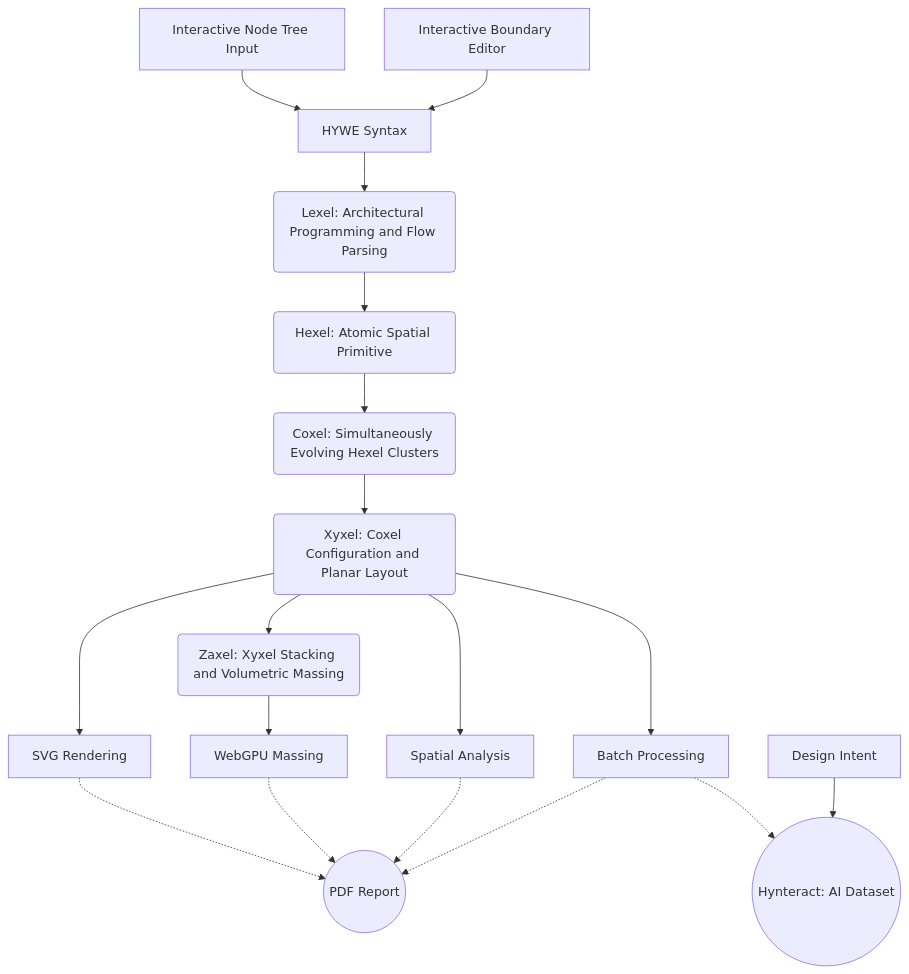
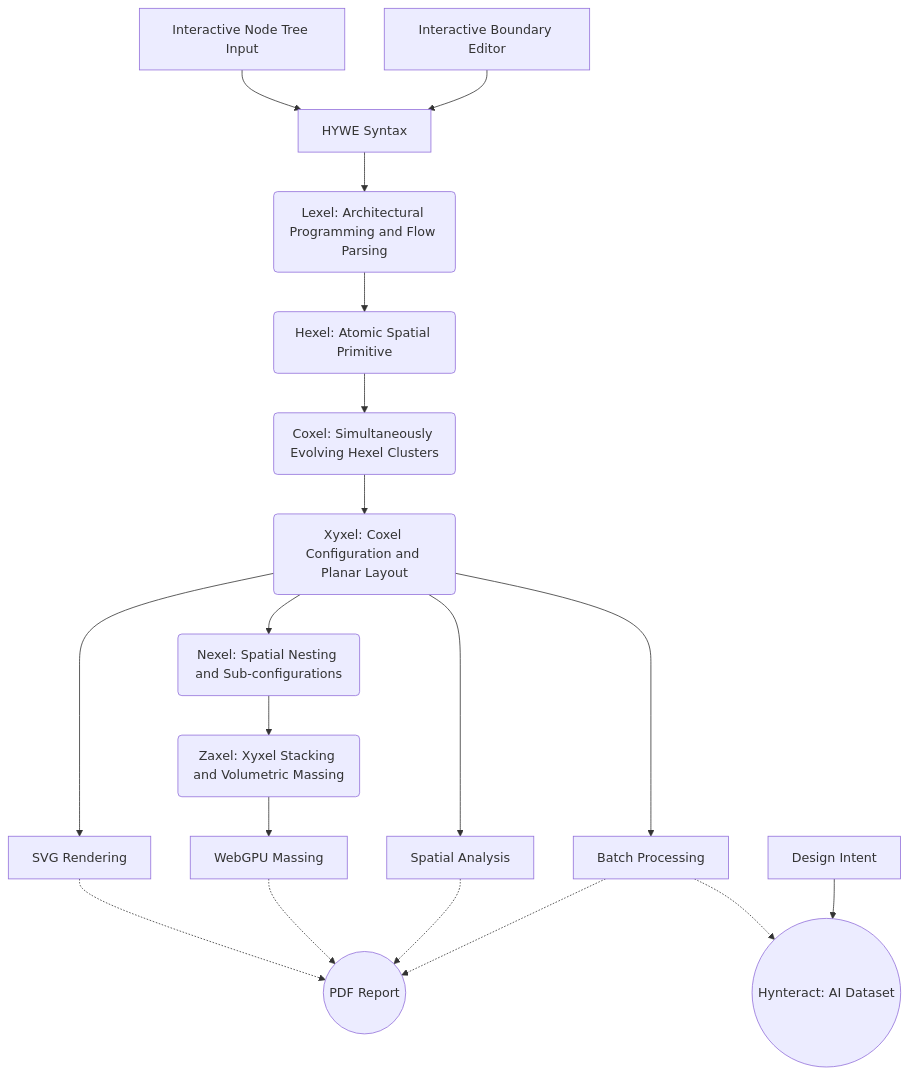
The diagram in README.md (vykrum/Hywe), drawn with Mermaid before and after one commit. The commit also changed other lines of this file, not shown here.

````diff
--- a/README.md
+++ b/README.md
@@ -79,24 +80,25 @@
 ```mermaid
 graph TD
     A1[Interactive Node Tree Input] --> B[HYWE Syntax]
     A2[Interactive Boundary Editor] --> B[HYWE Syntax]
     B --> C(Lexel: Architectural Programming and Flow Parsing)
     C --> D(Hexel: Atomic Spatial Primitive)
     D --> E(Coxel: Simultaneously Evolving Hexel Clusters)
     E --> F(Xyxel: Coxel Configuration and Planar Layout)
-    F --> G(Zaxel: Xyxel Stacking and Volumetric Massing)
+    F --> N(Nexel: Spatial Nesting and Sub-configurations)
+    N --> G(Zaxel: Xyxel Stacking and Volumetric Massing)
     
     F --> F1[SVG Rendering]
     G --> G1[WebGPU Massing]
     
     F --> H[Spatial Analysis]
     F --> I[Batch Processing]
     
     F1 -.-> ReportLabel((PDF Report))
     G1 -.-> ReportLabel
     H -.-> ReportLabel
     I -.-> ReportLabel
     
     I -.-> DatasetLabel((Hynteract: AI Dataset))
     DesignIntent[Design Intent] --> DatasetLabel
 ```
````
